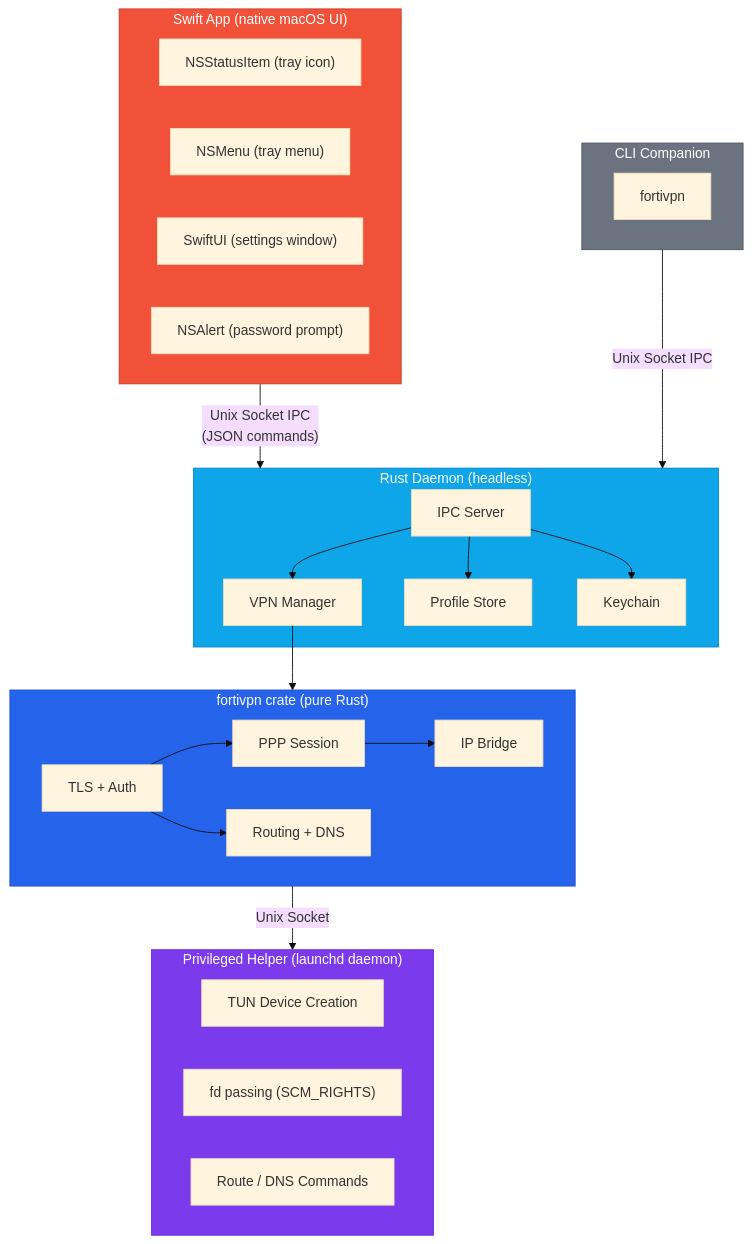
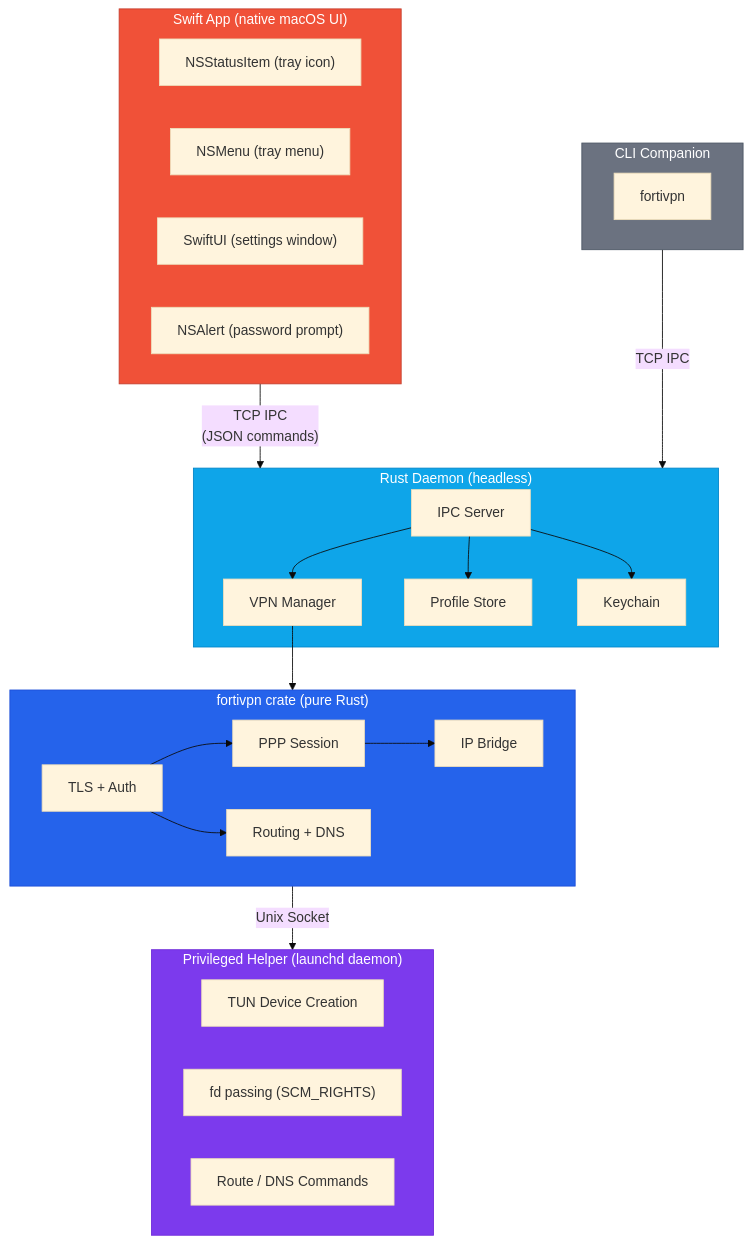
One commit to ktutnik/fortivpn-tray changed the first of 8 diagrams in README.md. Above: the diagram before and after it, drawn with Mermaid (base theme). The commit also changed other lines of this file and 3 other files, not shown here.

Commit message:
refactor: complete TCP migration — Swift UI, cleanup, docs updated

````diff
--- a/README.md
+++ b/README.md
@@ -222,52 +222,52 @@
 ```mermaid
 graph TD
     subgraph swift["Swift App (native macOS UI)"]
         tray["NSStatusItem (tray icon)"]
         menu["NSMenu (tray menu)"]
         settings["SwiftUI (settings window)"]
         alert["NSAlert (password prompt)"]
     end
 
-    swift -- "Unix Socket IPC<br/>(JSON commands)" --> daemon
+    swift -- "TCP IPC<br/>(JSON commands)" --> daemon
 
     subgraph daemon["Rust Daemon (headless)"]
         ipc["IPC Server"]
         vpnmgr["VPN Manager"]
         profiles["Profile Store"]
         kc["Keychain"]
         ipc --> vpnmgr
         ipc --> profiles
         ipc --> kc
     end
 
     subgraph cli["CLI Companion"]
         cliprog["fortivpn"]
     end
 
-    cli -- "Unix Socket IPC" --> daemon
+    cli -- "TCP IPC" --> daemon
 
     vpnmgr --> crate
 
     subgraph crate["fortivpn crate (pure Rust)"]
         auth["TLS + Auth"]
         ppp["PPP Session"]
         bridge["IP Bridge"]
         route["Routing + DNS"]
         auth --> ppp --> bridge
         auth --> route
     end
 
     crate -- "Unix Socket" --> helper
 
     subgraph helper["Privileged Helper (launchd daemon)"]
         tun["TUN Device Creation"]
         fd["fd passing (SCM_RIGHTS)"]
         ops["Route / DNS Commands"]
     end
 
     style swift fill:#F05138,stroke:#c43e2d,color:#fff
     style daemon fill:#0ea5e9,stroke:#0284c7,color:#fff
     style crate fill:#2563eb,stroke:#1d4ed8,color:#fff
     style helper fill:#7c3aed,stroke:#6d28d9,color:#fff
     style cli fill:#6b7280,stroke:#4b5563,color:#fff
 ```
````
